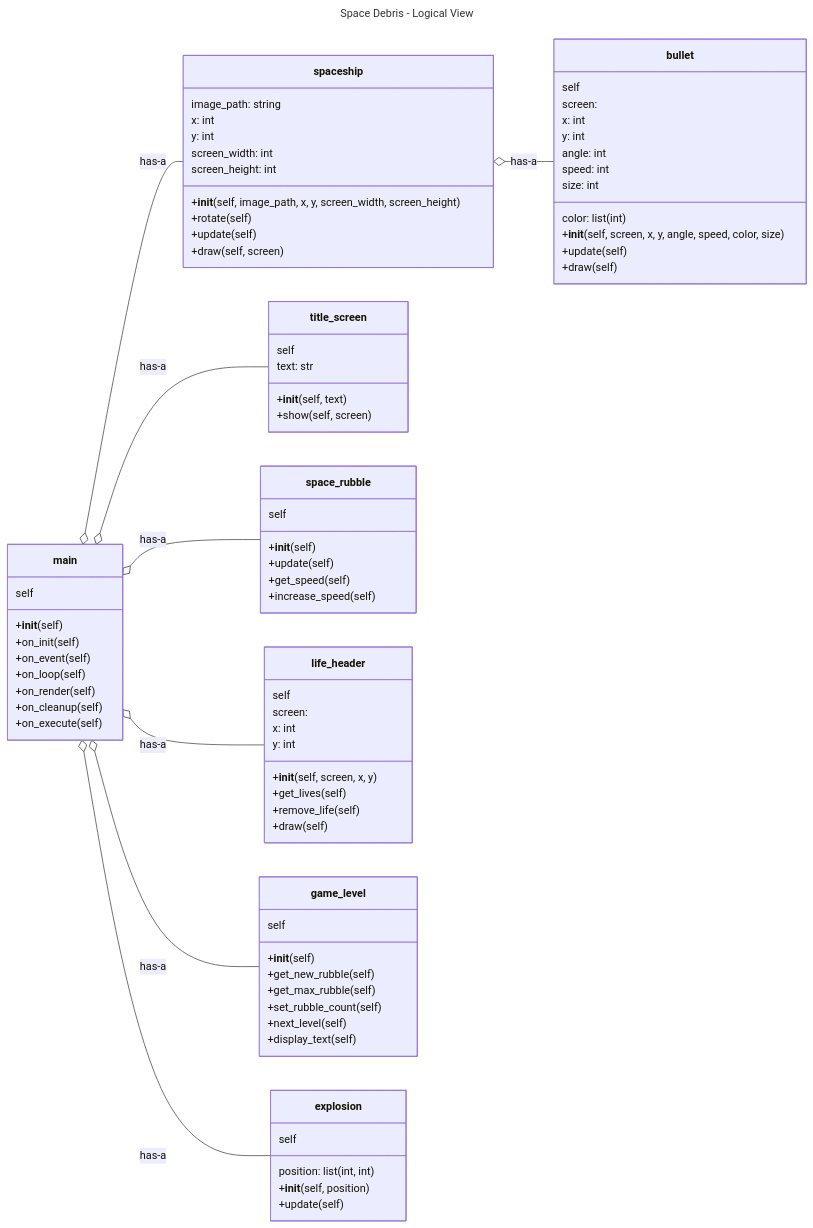
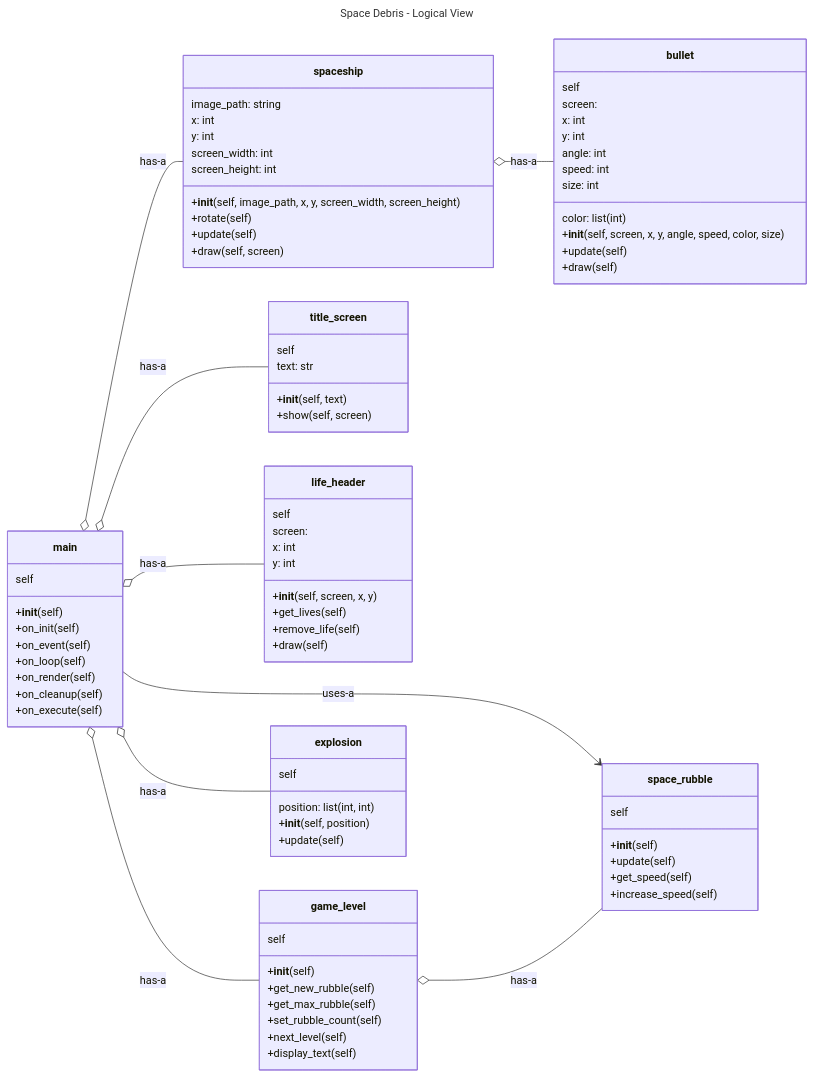
Before and after one commit to mmehta2669/Final_Project_Group_2: the first of 3 diagrams in README.md, drawn with Mermaid.

````diff
--- a/README.md
+++ b/README.md
@@ -98,10 +98,11 @@
 }
 
  main o-- spaceship : has-a
- main o-- space_rubble : has-a
+ main --> space_rubble : uses-a
  main o-- title_screen : has-a
  main o-- life_header: has-a
  main o-- game_level: has-a
  main o-- explosion: has-a
  spaceship o-- bullet : has-a
+ game_level o-- space_rubble: has-a
 ```
````
